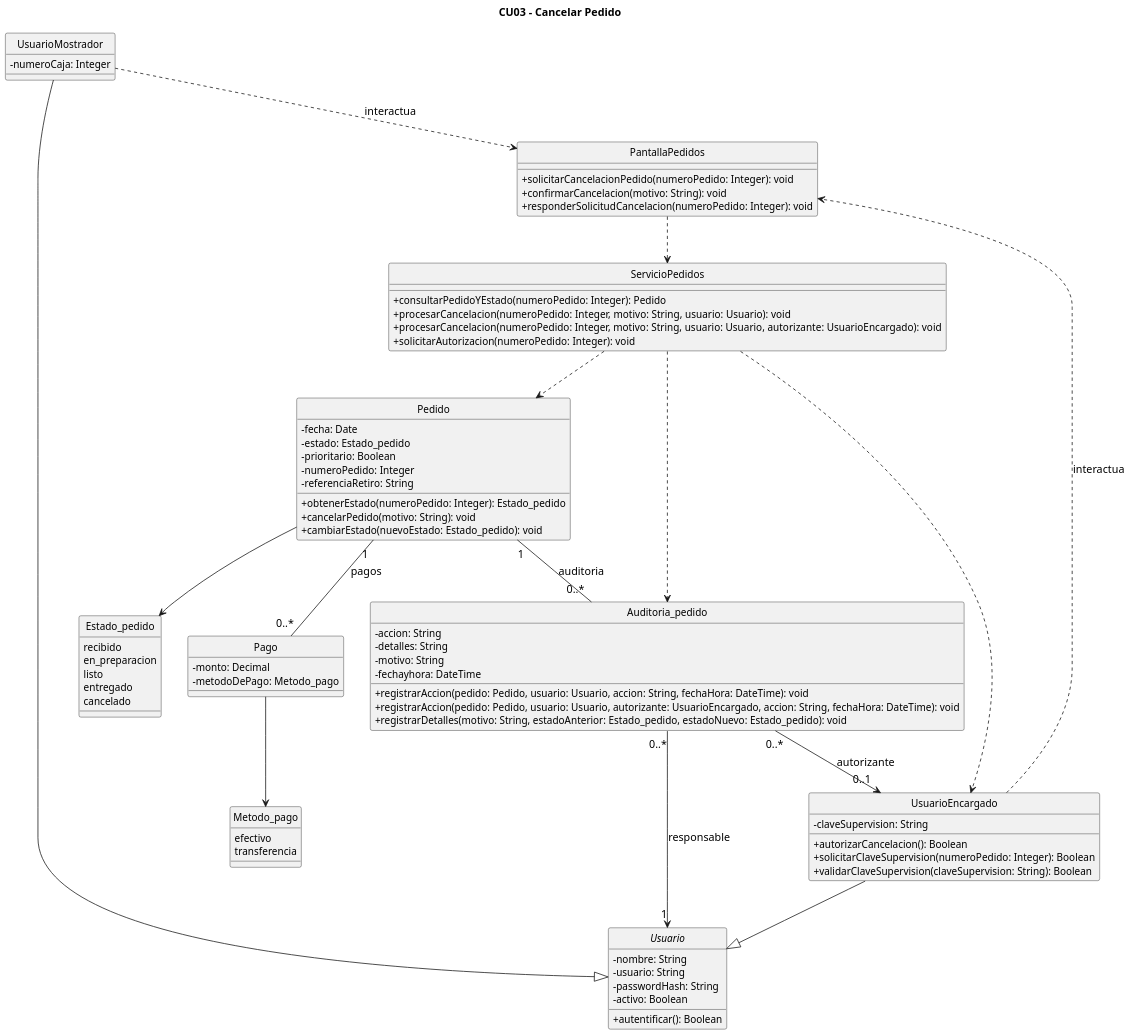
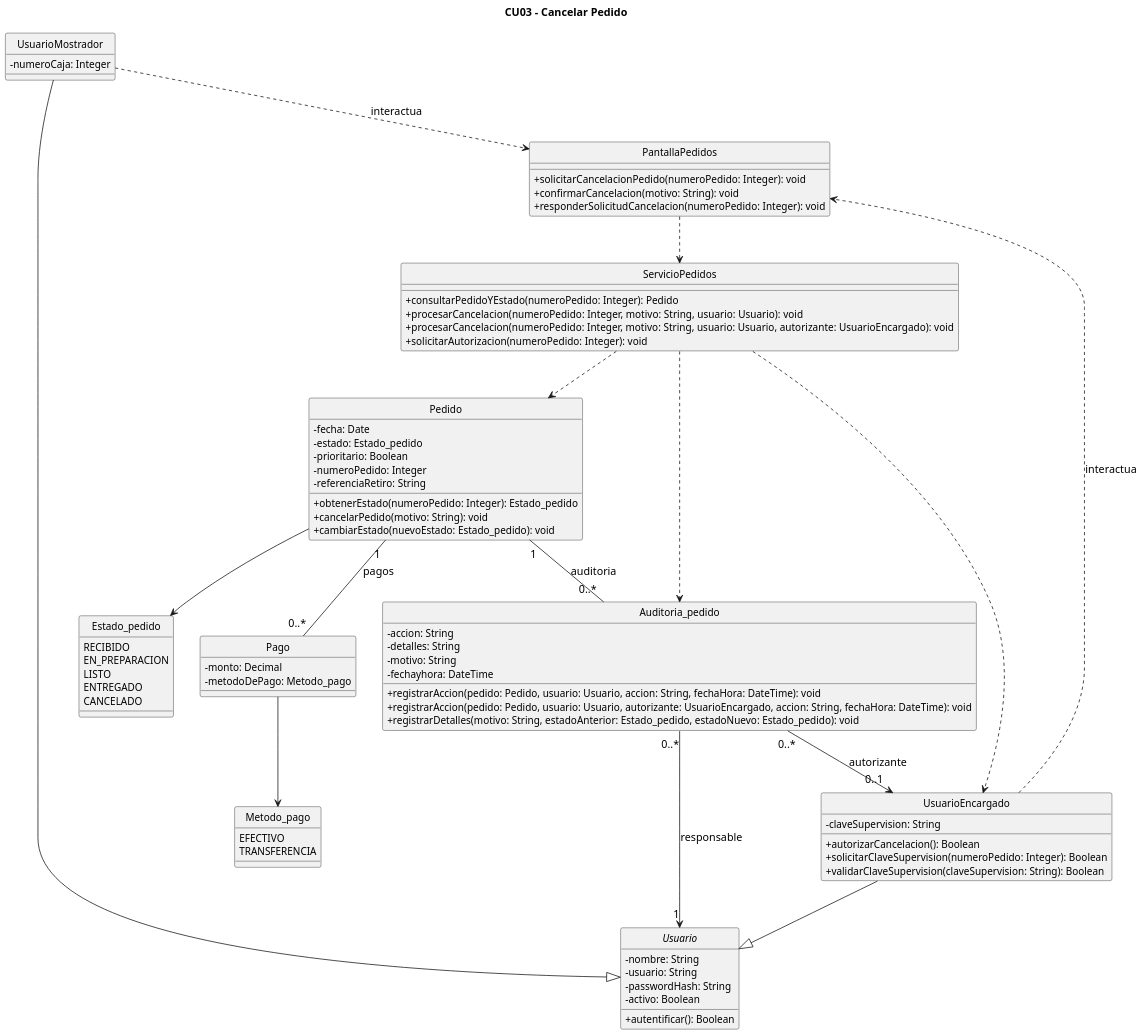
One commit to eloeyhe/SistemaPedidos changed the diagram in diagramas/01-diagrama-clases/03-clases-cancelar-pedido-03.puml. Above: the diagram before and after it, drawn with PlantUML. The commit also changed 6 other files, not shown here.

```diff
--- a/diagramas/01-diagrama-clases/03-clases-cancelar-pedido-03.puml
+++ b/diagramas/01-diagrama-clases/03-clases-cancelar-pedido-03.puml
@@ -2,101 +2,101 @@
 @startuml
 title CU03 - Cancelar Pedido
 top to bottom direction
 hide circle
 skinparam classAttributeIconSize 0
 skinparam defaultFontSize 14
 skinparam classFontSize 15
 skinparam classAttributeFontSize 13
 skinparam dpi 160
 
 abstract class Usuario {
   -nombre: String
   -usuario: String
   -passwordHash: String
   -activo: Boolean
   +autentificar(): Boolean
 }
 
 class UsuarioMostrador {
   -numeroCaja: Integer
 }
 
 class UsuarioEncargado {
   -claveSupervision: String
   +autorizarCancelacion(): Boolean
   +solicitarClaveSupervision(numeroPedido: Integer): Boolean
   +validarClaveSupervision(claveSupervision: String): Boolean
 }
 
 class PantallaPedidos {
   +solicitarCancelacionPedido(numeroPedido: Integer): void
   +confirmarCancelacion(motivo: String): void
   +responderSolicitudCancelacion(numeroPedido: Integer): void
 }
 
 class ServicioPedidos {
   +consultarPedidoYEstado(numeroPedido: Integer): Pedido
   +procesarCancelacion(numeroPedido: Integer, motivo: String, usuario: Usuario): void
   +procesarCancelacion(numeroPedido: Integer, motivo: String, usuario: Usuario, autorizante: UsuarioEncargado): void
   +solicitarAutorizacion(numeroPedido: Integer): void
 }
 
 class Pedido {
   -fecha: Date
   -estado: Estado_pedido
   -prioritario: Boolean
   -numeroPedido: Integer
   -referenciaRetiro: String
   +obtenerEstado(numeroPedido: Integer): Estado_pedido
   +cancelarPedido(motivo: String): void
   +cambiarEstado(nuevoEstado: Estado_pedido): void
 }
 
 class Pago {
   -monto: Decimal
   -metodoDePago: Metodo_pago
 }
 
 class Auditoria_pedido {
   -accion: String
   -detalles: String
   -motivo: String
   -fechayhora: DateTime
   +registrarAccion(pedido: Pedido, usuario: Usuario, accion: String, fechaHora: DateTime): void
   +registrarAccion(pedido: Pedido, usuario: Usuario, autorizante: UsuarioEncargado, accion: String, fechaHora: DateTime): void
   +registrarDetalles(motivo: String, estadoAnterior: Estado_pedido, estadoNuevo: Estado_pedido): void
 }
 
 enum Estado_pedido {
-  recibido
-  en_preparacion
-  listo
-  entregado
-  cancelado
+  RECIBIDO
+  EN_PREPARACION
+  LISTO
+  ENTREGADO
+  CANCELADO
 }
 
 enum Metodo_pago {
-  efectivo
-  transferencia
+  EFECTIVO
+  TRANSFERENCIA
 }
 
 UsuarioMostrador --|> Usuario
 UsuarioEncargado --|> Usuario
 
 UsuarioMostrador ..> PantallaPedidos : interactua
 UsuarioEncargado ..> PantallaPedidos : interactua
 
 PantallaPedidos ..> ServicioPedidos
 ServicioPedidos ..> Pedido
 ServicioPedidos ..> Auditoria_pedido
 ServicioPedidos ..> UsuarioEncargado
 
 Pedido "1" -- "0..*" Pago : pagos
 Pedido "1" -- "0..*" Auditoria_pedido : auditoria
 
 Auditoria_pedido "0..*" --> "1" Usuario : responsable
 Auditoria_pedido "0..*" --> "0..1" UsuarioEncargado : autorizante
 
 Pedido --> Estado_pedido
 Pago --> Metodo_pago
 @enduml
```
